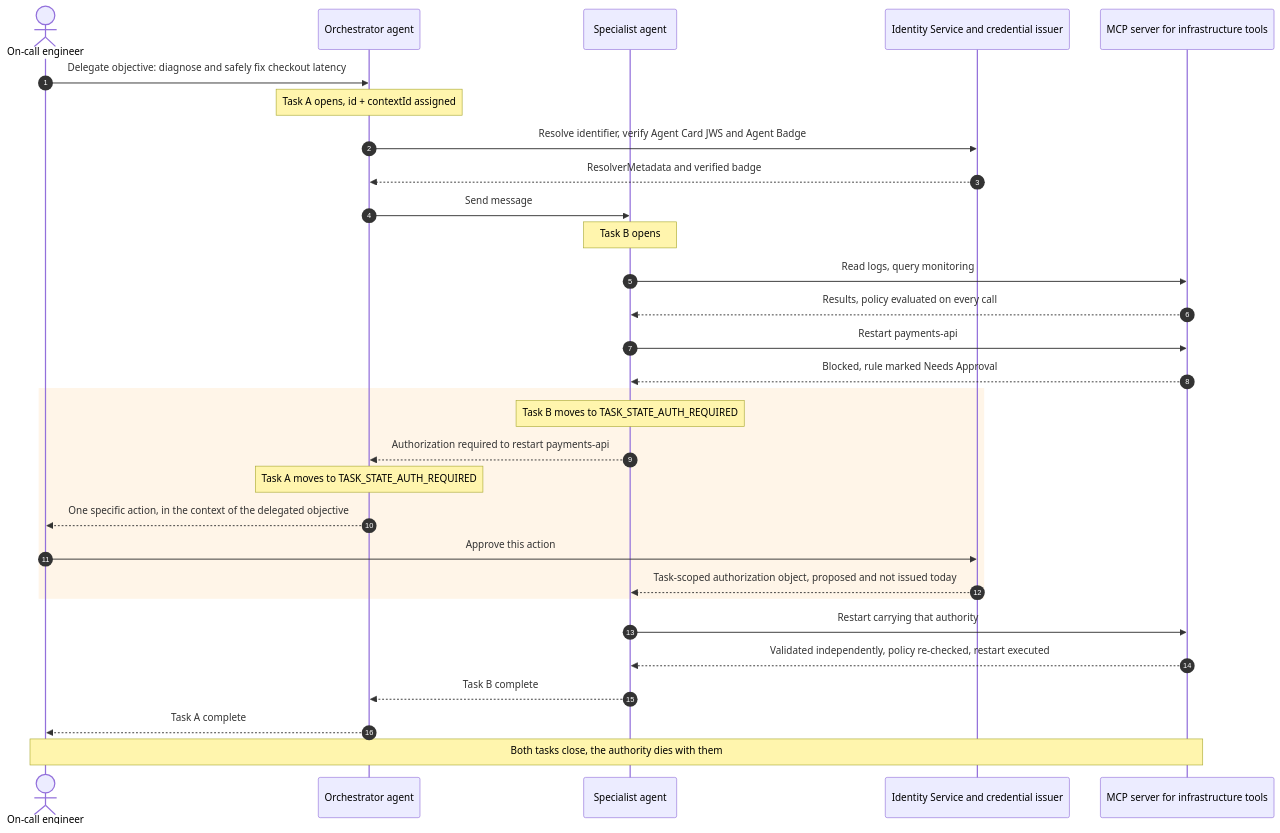
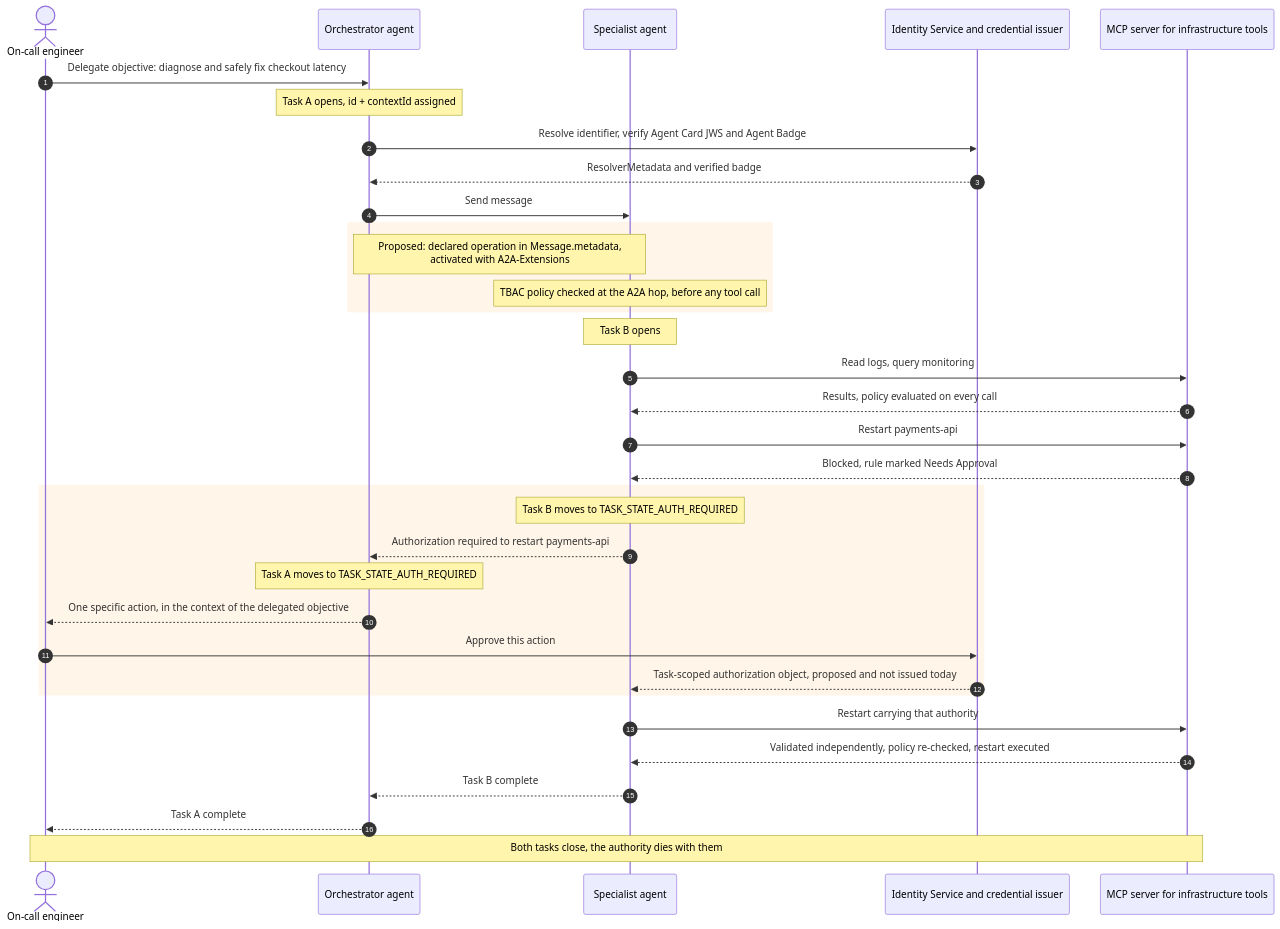
Before and after one commit to agntcy/blogs: the third of 3 diagrams in _posts/2026-08-24-agent-identity-tbac-a2a-task-authorization.md, drawn with Mermaid. The commit also changed other lines of this file, not shown here.

````diff
--- a/_posts/2026-08-24-agent-identity-tbac-a2a-task-authorization.md
+++ b/_posts/2026-08-24-agent-identity-tbac-a2a-task-authorization.md
@@ -495,35 +598,39 @@
 ```mermaid
 sequenceDiagram
     autonumber
     actor ENG as On-call engineer
     participant ORCH as Orchestrator agent
     participant SPEC as Specialist agent
     participant IDS as Identity Service and credential issuer
     participant MCP as MCP server for infrastructure tools
 
     ENG->>ORCH: Delegate objective: diagnose and safely fix checkout latency
     Note over ORCH: Task A opens, id + contextId assigned
     ORCH->>IDS: Resolve identifier, verify Agent Card JWS and Agent Badge
     IDS-->>ORCH: ResolverMetadata and verified badge
     ORCH->>SPEC: Send message
+    rect rgba(251, 175, 70, 0.12)
+    Note over ORCH,SPEC: Proposed: declared operation in Message.metadata,<br/>activated with A2A-Extensions
+    Note over SPEC: TBAC policy checked at the A2A hop, before any tool call
+    end
     Note over SPEC: Task B opens
     SPEC->>MCP: Read logs, query monitoring
     MCP-->>SPEC: Results, policy evaluated on every call
     SPEC->>MCP: Restart payments-api
     MCP-->>SPEC: Blocked, rule marked Needs Approval
 
     rect rgba(251, 175, 70, 0.12)
     Note over SPEC: Task B moves to TASK_STATE_AUTH_REQUIRED
     SPEC-->>ORCH: Authorization required to restart payments-api
     Note over ORCH: Task A moves to TASK_STATE_AUTH_REQUIRED
     ORCH-->>ENG: One specific action, in the context of the delegated objective
     ENG->>IDS: Approve this action
     IDS-->>SPEC: Task-scoped authorization object, proposed and not issued today
     end
 
     SPEC->>MCP: Restart carrying that authority
     MCP-->>SPEC: Validated independently, policy re-checked, restart executed
     SPEC-->>ORCH: Task B complete
     ORCH-->>ENG: Task A complete
     Note over ENG,MCP: Both tasks close, the authority dies with them
 ```
````
